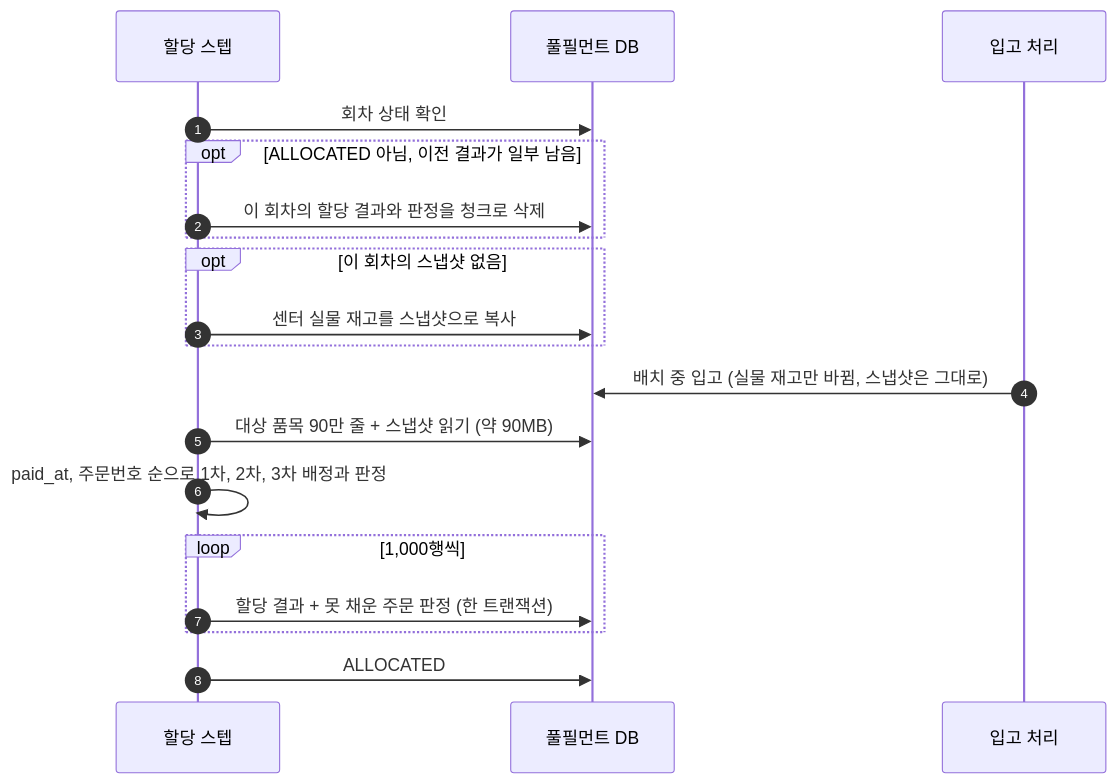
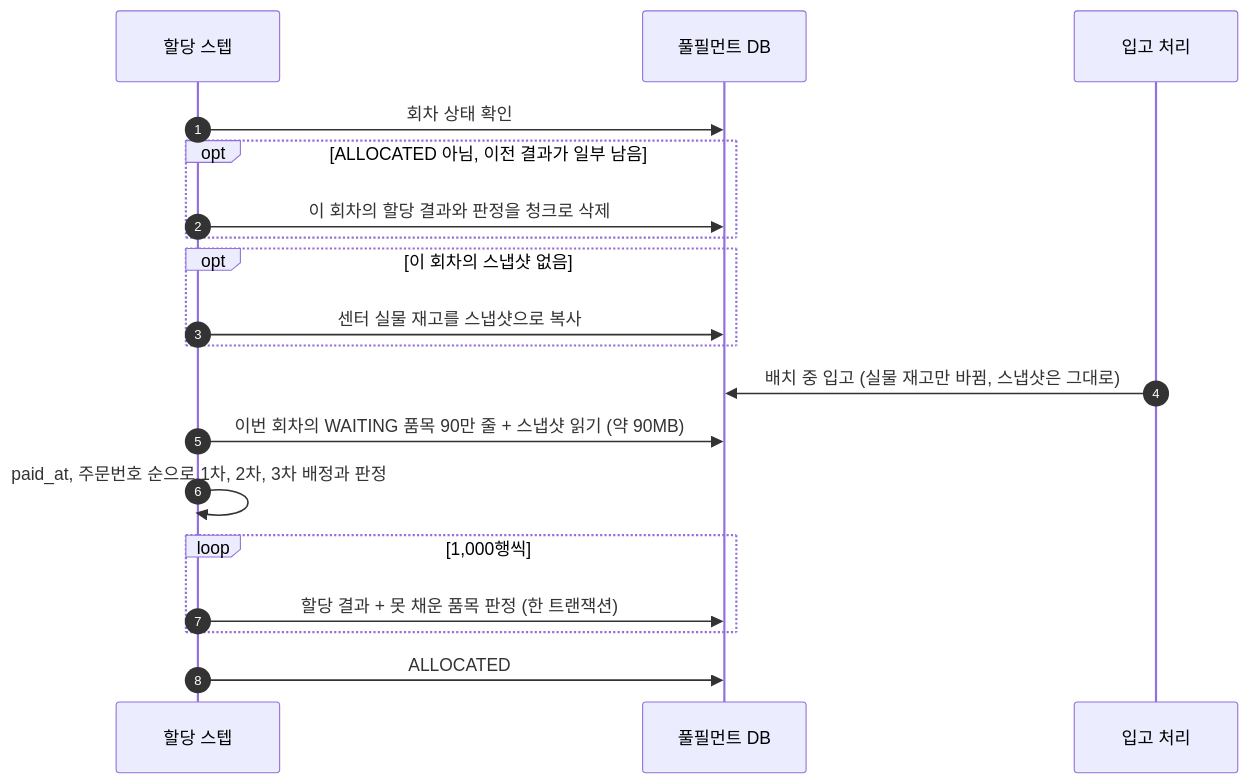
The fourth of 6 diagrams in docs/sequence/05-출고-배치.md (Bamdule/dawn-delivery-commerce), drawn with Mermaid before and after one commit. The commit also changed other lines of this file and 16 other files, not shown here.

````diff
--- a/docs/sequence/05-출고-배치.md
+++ b/docs/sequence/05-출고-배치.md
@@ -101,22 +101,22 @@
 ```mermaid
 sequenceDiagram
     autonumber
     participant 스텝 as 할당 스텝
     participant DB as 풀필먼트 DB
     participant 입고 as 입고 처리
 
     스텝->>DB: 회차 상태 확인
     opt ALLOCATED 아님, 이전 결과가 일부 남음
         스텝->>DB: 이 회차의 할당 결과와 판정을 청크로 삭제
     end
     opt 이 회차의 스냅샷 없음
         스텝->>DB: 센터 실물 재고를 스냅샷으로 복사
     end
     입고->>DB: 배치 중 입고 (실물 재고만 바뀜, 스냅샷은 그대로)
-    스텝->>DB: 대상 품목 90만 줄 + 스냅샷 읽기 (약 90MB)
+    스텝->>DB: 이번 회차의 WAITING 품목 90만 줄 + 스냅샷 읽기 (약 90MB)
     스텝->>스텝: paid_at, 주문번호 순으로 1차, 2차, 3차 배정과 판정
     loop 1,000행씩
-        스텝->>DB: 할당 결과 + 못 채운 주문 판정 (한 트랜잭션)
+        스텝->>DB: 할당 결과 + 못 채운 품목 판정 (한 트랜잭션)
     end
     스텝->>DB: ALLOCATED
 ```
````
